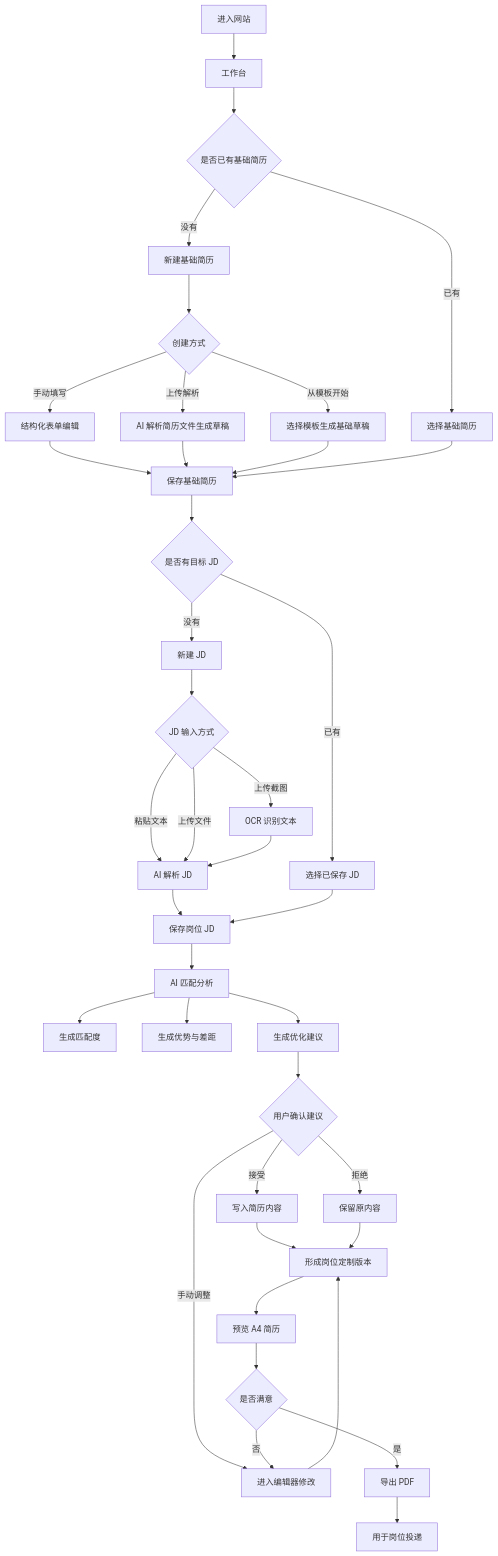
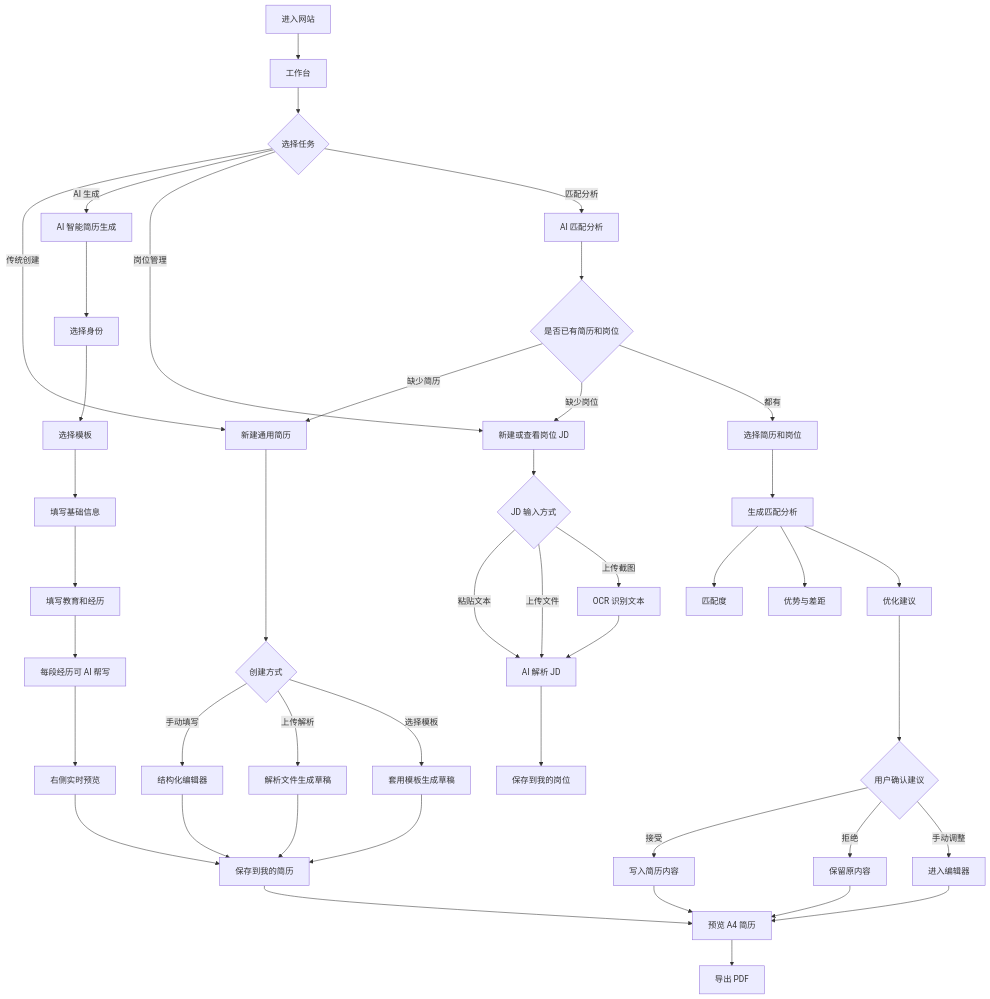
The diagram in PRD.md (ly-hdy/AI-Resume-Builder), drawn with Mermaid before and after one commit. The commit also changed other lines of this file and 2 other files, not shown here.

````diff
--- a/PRD.md
+++ b/PRD.md
@@ -168,49 +123,53 @@
 ```mermaid
 flowchart TD
   A[进入网站] --> B[工作台]
 
-  B --> C{是否已有基础简历}
-  C -->|没有| D[新建基础简历]
-  C -->|已有| E[选择基础简历]
+  B --> C{选择任务}
+  C -->|传统创建| D[新建通用简历]
+  C -->|AI 生成| E[AI 智能简历生成]
+  C -->|岗位管理| F[新建或查看岗位 JD]
+  C -->|匹配分析| G[AI 匹配分析]
 
   D --> D1{创建方式}
-  D1 -->|手动填写| D2[结构化表单编辑]
-  D1 -->|上传解析| D3[AI 解析简历文件生成草稿]
-  D1 -->|从模板开始| D4[选择模板生成基础草稿]
-  D2 --> F[保存基础简历]
-  D3 --> F
-  D4 --> F
-  E --> F
+  D1 -->|手动填写| D2[结构化编辑器]
+  D1 -->|上传解析| D3[解析文件生成草稿]
+  D1 -->|选择模板| D4[套用模板生成草稿]
+  D2 --> H[保存到我的简历]
+  D3 --> H
+  D4 --> H
 
-  F --> G{是否有目标 JD}
-  G -->|没有| H[新建 JD]
-  G -->|已有| I[选择已保存 JD]
+  E --> E1[选择身份]
+  E1 --> E2[选择模板]
+  E2 --> E3[填写基础信息]
+  E3 --> E4[填写教育和经历]
+  E4 --> E5[每段经历可 AI 帮写]
+  E5 --> E6[右侧实时预览]
+  E6 --> H
 
-  H --> H1{JD 输入方式}
-  H1 -->|粘贴文本| H2[AI 解析 JD]
-  H1 -->|上传文件| H2
-  H1 -->|上传截图| H3[OCR 识别文本]
-  H3 --> H2
-  H2 --> J[保存岗位 JD]
-  I --> J
+  F --> F1{JD 输入方式}
+  F1 -->|粘贴文本| F2[AI 解析 JD]
+  F1 -->|上传文件| F2
+  F1 -->|上传截图| F3[OCR 识别文本]
+  F3 --> F2
+  F2 --> I[保存到我的岗位]
 
-  J --> K[AI 匹配分析]
-  K --> K1[生成匹配度]
-  K --> K2[生成优势与差距]
-  K --> K3[生成优化建议]
+  G --> G1{是否已有简历和岗位}
+  G1 -->|缺少简历| D
+  G1 -->|缺少岗位| F
+  G1 -->|都有| G2[选择简历和岗位]
+  G2 --> J[生成匹配分析]
+  J --> J1[匹配度]
+  J --> J2[优势与差距]
+  J --> J3[优化建议]
 
-  K3 --> L{用户确认建议}
-  L -->|接受| M[写入简历内容]
-  L -->|拒绝| N[保留原内容]
-  L -->|手动调整| O[进入编辑器修改]
+  J3 --> K{用户确认建议}
+  K -->|接受| L[写入简历内容]
+  K -->|拒绝| M[保留原内容]
+  K -->|手动调整| N[进入编辑器]
 
-  M --> P[形成岗位定制版本]
-  N --> P
-  O --> P
-
-  P --> Q[预览 A4 简历]
-  Q --> R{是否满意}
-  R -->|否| O
-  R -->|是| S[导出 PDF]
-  S --> T[用于岗位投递]
+  H --> O[预览 A4 简历]
+  L --> O
+  M --> O
+  N --> O
+  O --> P[导出 PDF]
 ```
````
